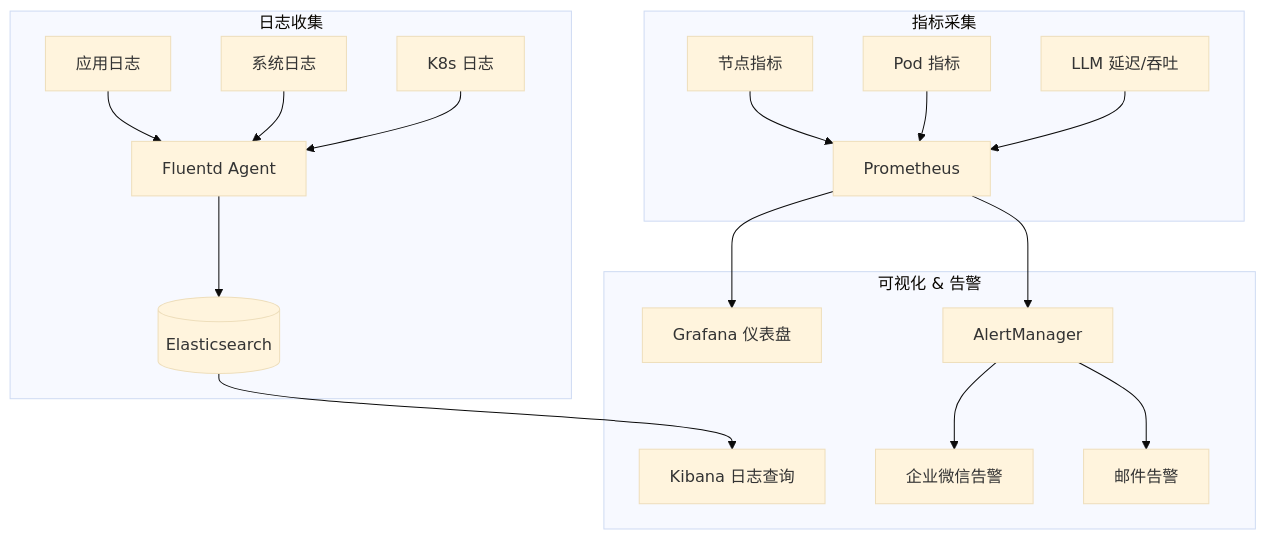
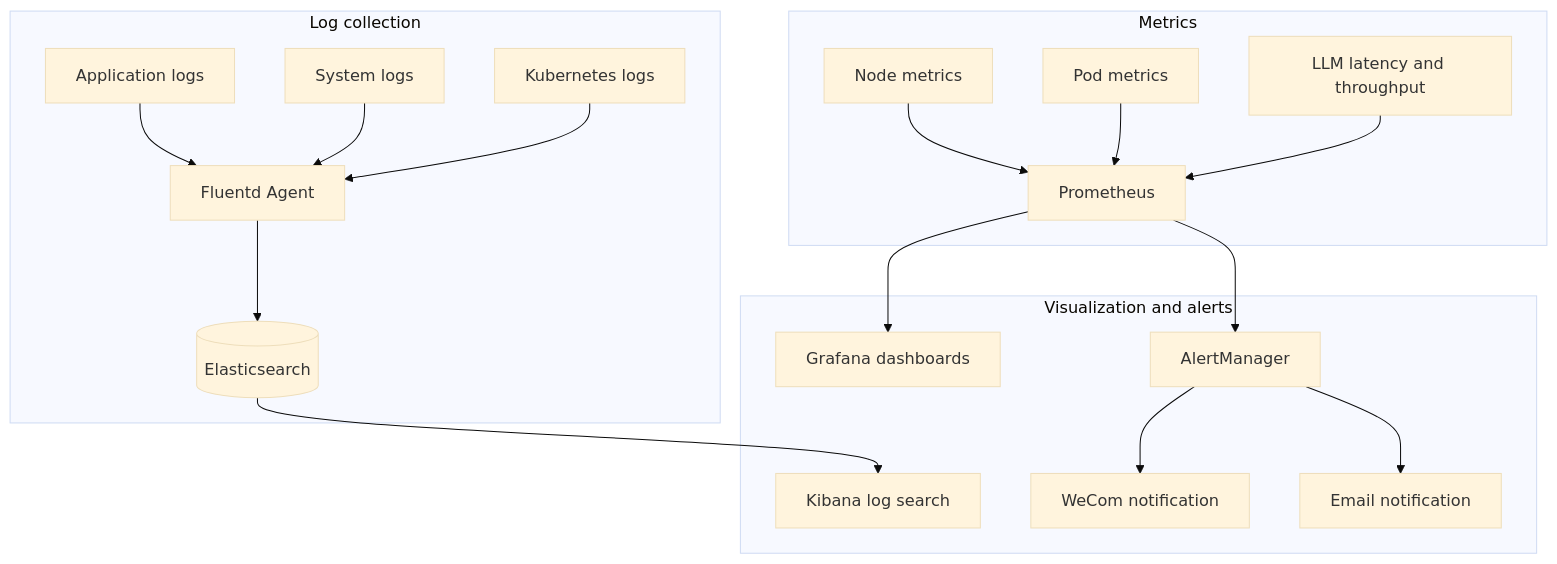
Before and after one commit to LAnthonyJ/datalens-lab: the seventh of 8 diagrams in Q2_architecture.md, drawn with Mermaid (base theme). The commit also changed other lines of this file and 11 other files, not shown here.

````diff
--- a/Q2_architecture.md
+++ b/Q2_architecture.md
@@ -244,23 +198,23 @@
 ```mermaid
 graph TB
-    subgraph "日志收集"
-        APP[应用日志] --> FLUENT[Fluentd Agent]
-        SYS[系统日志] --> FLUENT
-        K8S[K8s 日志] --> FLUENT
+    subgraph "Log collection"
+        APP[Application logs] --> FLUENT[Fluentd Agent]
+        SYS[System logs] --> FLUENT
+        K8S[Kubernetes logs] --> FLUENT
         FLUENT --> ES[(Elasticsearch)]
     end
 
-    subgraph "指标采集"
-        NODE[节点指标] --> PROM[Prometheus]
-        POD[Pod 指标] --> PROM
-        LLM_M[LLM 延迟/吞吐] --> PROM
+    subgraph "Metrics"
+        NODE[Node metrics] --> PROM[Prometheus]
+        POD[Pod metrics] --> PROM
+        LLM_M[LLM latency and throughput] --> PROM
     end
 
-    subgraph "可视化 & 告警"
-        ES --> KIBANA[Kibana 日志查询]
-        PROM --> GRAF[Grafana 仪表盘]
+    subgraph "Visualization and alerts"
+        ES --> KIBANA[Kibana log search]
+        PROM --> GRAF[Grafana dashboards]
         PROM --> ALERT[AlertManager]
-        ALERT --> WECHAT[企业微信告警]
-        ALERT --> MAIL[邮件告警]
+        ALERT --> WECHAT[WeCom notification]
+        ALERT --> MAIL[Email notification]
     end
 ```
````
